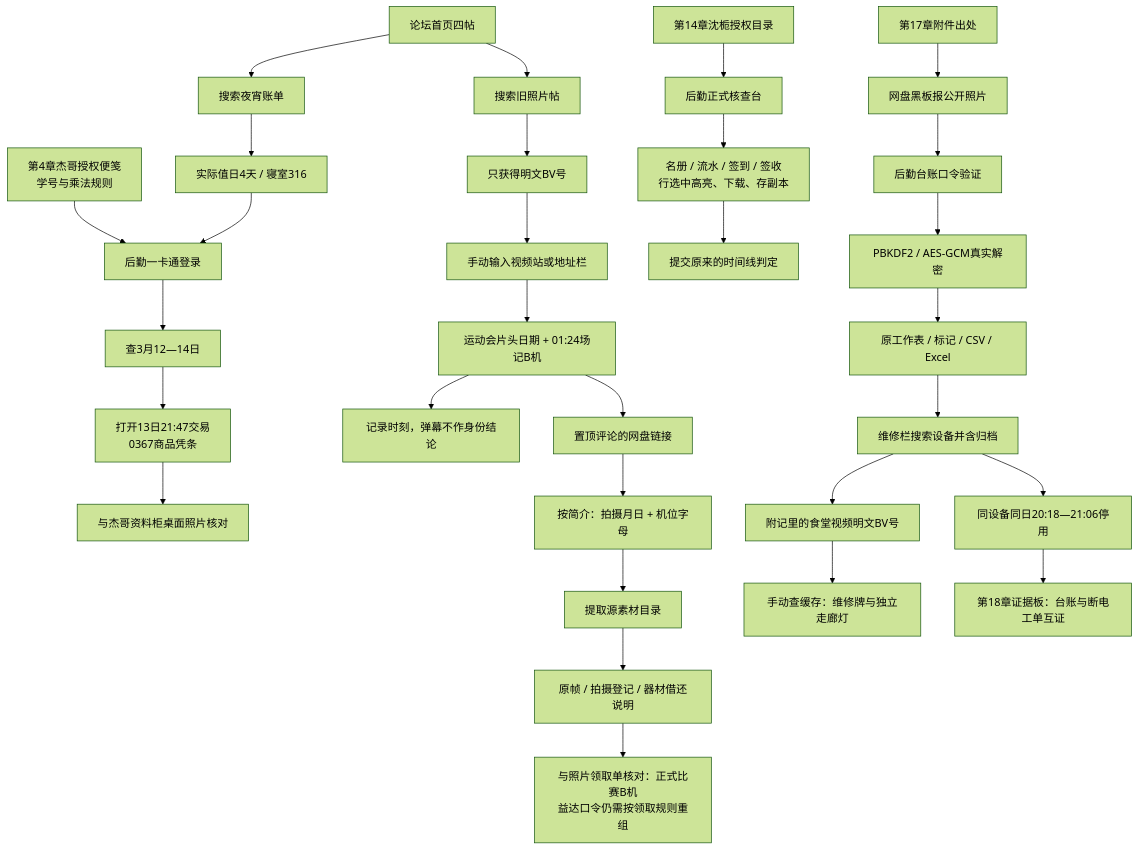
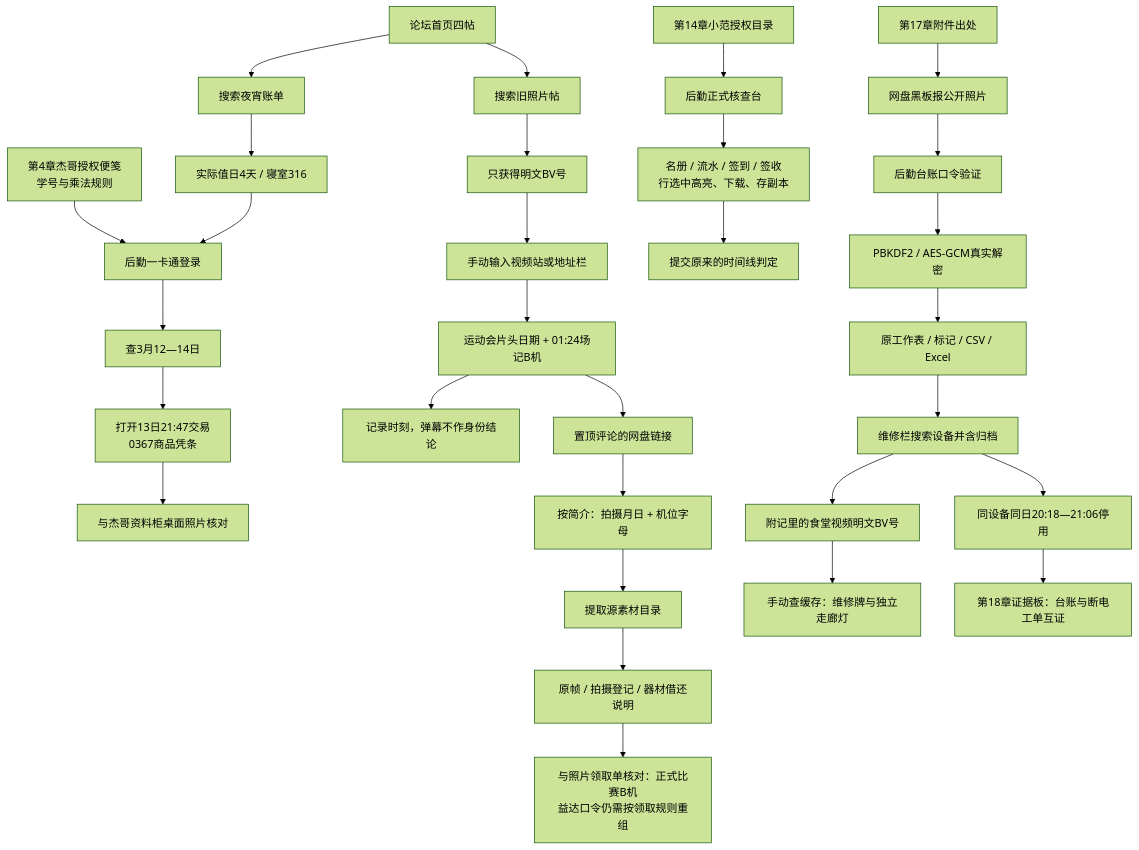
Before and after one commit to huaisu17/third-positive-report: the diagram in docs/NETWORK-ECOLOGY.md, drawn with Mermaid (forest theme). The commit also changed other lines of this file and 44 other files, not shown here.

````diff
--- a/docs/NETWORK-ECOLOGY.md
+++ b/docs/NETWORK-ECOLOGY.md
@@ -31,35 +31,35 @@
 ```mermaid
 flowchart TD
   F[论坛首页四帖] --> FS[搜索夜宵账单]
   FS --> J[实际值日4天 / 寝室316]
   A4[第4章杰哥授权便笺<br/>学号与乘法规则] --> C[后勤一卡通登录]
   J --> C
   C --> Q[查3月12—14日]
   Q --> R[打开13日21:47交易<br/>0367商品凭条]
   R --> S4[与杰哥资料柜桌面照片核对]
 
   F --> FP[搜索旧照片帖]
   FP --> BV[只获得明文BV号]
   BV --> VS[手动输入视频站或地址栏]
   VS --> V[运动会片头日期 + 01:24场记B机]
   V --> NOTE[记录时刻，弹幕不作身份结论]
   V --> PIN[置顶评论的网盘链接]
   PIN --> CODE[按简介：拍摄月日 + 机位字母]
   CODE --> PAN[提取源素材目录]
   PAN --> REG[原帧 / 拍摄登记 / 器材借还说明]
   REG --> Y[与照片领取单核对：正式比赛B机<br/>益达口令仍需按领取规则重组]
 
-  A14[第14章沈栀授权目录] --> T[后勤正式核查台]
+  A14[第14章小范授权目录] --> T[后勤正式核查台]
   T --> FOUR[名册 / 流水 / 签到 / 签收<br/>行选中高亮、下载、存副本]
   FOUR --> D14[提交原来的时间线判定]
 
   A17[第17章附件出处] --> P17[网盘黑板报公开照片]
   P17 --> L[后勤台账口令验证]
   L --> AES[PBKDF2 / AES-GCM真实解密]
   AES --> TAB[原工作表 / 标记 / CSV / Excel]
   TAB --> W[维修栏搜索设备并含归档]
   W --> O[同设备同日20:18—21:06停用]
   W --> CBV[附记里的食堂视频明文BV号]
   CBV --> CV[手动查缓存：维修牌与独立走廊灯]
   O --> B[第18章证据板：台账与断电工单互证]
 ```
````
